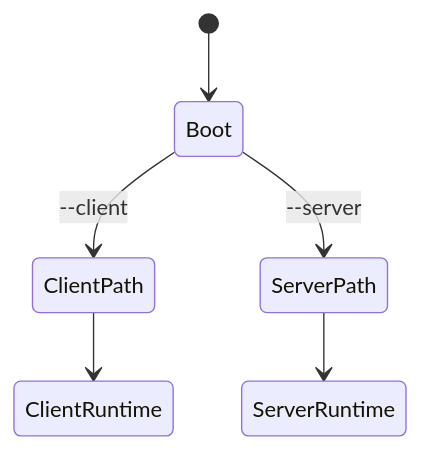
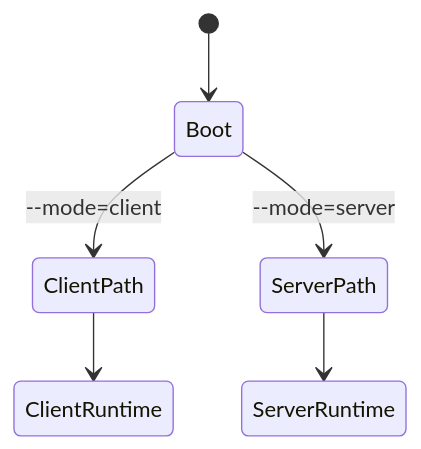
One commit to HyacinthHaru/openppp2 changed the second of 2 diagrams in docs/STARTUP_AND_LIFECYCLE.md. Above: the diagram before and after it, drawn with Mermaid. The commit also changed 8 other files, not shown here.

````diff
--- a/docs/STARTUP_AND_LIFECYCLE.md
+++ b/docs/STARTUP_AND_LIFECYCLE.md
@@ -56,8 +56,8 @@
 ```mermaid
 stateDiagram-v2
     [*] --> Boot
-    Boot --> ClientPath: --client
-    Boot --> ServerPath: --server
+    Boot --> ClientPath: --mode=client
+    Boot --> ServerPath: --mode=server
     ClientPath --> ClientRuntime
     ServerPath --> ServerRuntime
 ```
````
